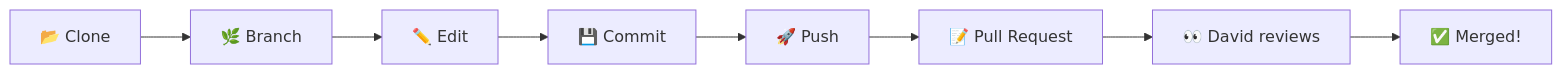
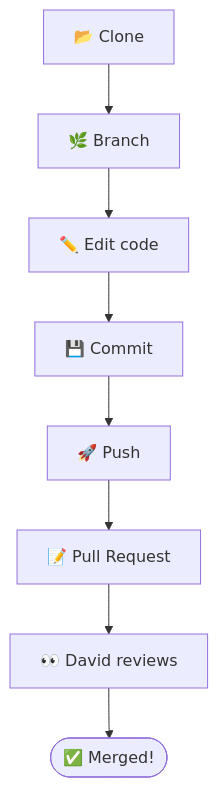
The third of 4 diagrams in tutorials/github-basics.md (nasti-cpu/neural-flight-v2), drawn with Mermaid before and after one commit. The commit also changed other lines of this file and 5 other files, not shown here.

Commit message:
style: 💄 switch Mermaid diagrams from LR to TD

````diff
--- a/tutorials/github-basics.md
+++ b/tutorials/github-basics.md
@@ -55,10 +55,10 @@
 ```mermaid
-flowchart LR
-    A[📂 Clone] --> B[🌿 Branch]
-    B --> C[✏️ Edit]
-    C --> D[💾 Commit]
-    D --> E[🚀 Push]
-    E --> F[📝 Pull Request]
-    F --> G[👀 David reviews]
-    G --> H[✅ Merged!]
+flowchart TD
+    A["📂 Clone"] --> B["🌿 Branch"]
+    B --> C["✏️ Edit code"]
+    C --> D["💾 Commit"]
+    D --> E["🚀 Push"]
+    E --> F["📝 Pull Request"]
+    F --> G["👀 David reviews"]
+    G --> H(["✅ Merged!"])
 ```
````
